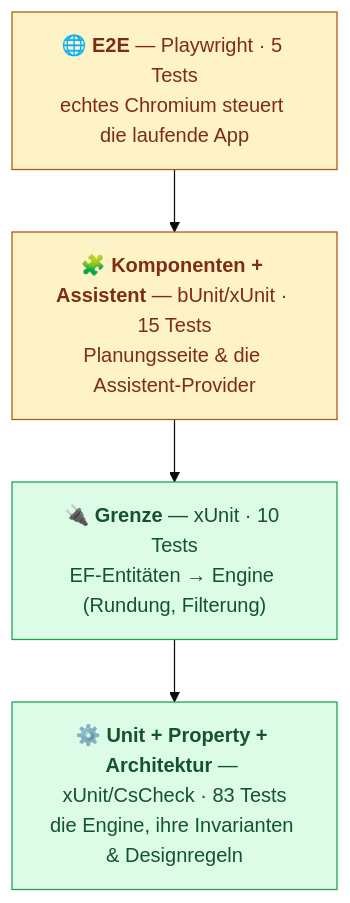
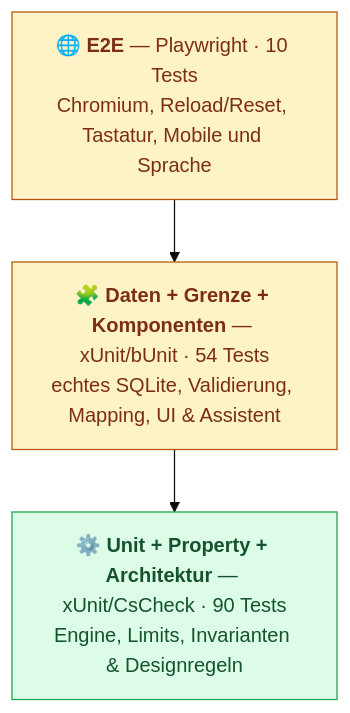
One commit to aco993/WorkPlanStudio changed the diagram in docs/TESTING.de.md. Above: the diagram before and after it, drawn with Mermaid (base theme). The commit also changed other lines of this file and 16 other files, not shown here.

````diff
--- a/docs/TESTING.de.md
+++ b/docs/TESTING.de.md
@@ -14,14 +14,13 @@
 ```mermaid
 graph TD
-    E2E["🌐 <b>E2E</b> — Playwright · 5 Tests<br/>echtes Chromium steuert die laufende App"]
-    COMP["🧩 <b>Komponenten + Assistent</b> — bUnit/xUnit · 15 Tests<br/>Planungsseite &amp; die Assistent-Provider"]
-    MAP["🔌 <b>Grenze</b> — xUnit · 10 Tests<br/>EF-Entitäten → Engine (Rundung, Filterung)"]
-    UNIT["⚙️ <b>Unit + Property + Architektur</b> — xUnit/CsCheck · 83 Tests<br/>die Engine, ihre Invarianten &amp; Designregeln"]
+    E2E["🌐 <b>E2E</b> — Playwright · 10 Tests<br/>Chromium, Reload/Reset, Tastatur, Mobile und Sprache"]
+    WEB["🧩 <b>Daten + Grenze + Komponenten</b> — xUnit/bUnit · 54 Tests<br/>echtes SQLite, Validierung, Mapping, UI &amp; Assistent"]
+    UNIT["⚙️ <b>Unit + Property + Architektur</b> — xUnit/CsCheck · 90 Tests<br/>Engine, Limits, Invarianten &amp; Designregeln"]
 
-    E2E --> COMP --> MAP --> UNIT
+    E2E --> WEB --> UNIT
 
     classDef fast fill:#dcfce7,stroke:#16a34a,color:#14532d;
     classDef slow fill:#fef3c7,stroke:#b45309,color:#7c2d12;
-    class UNIT,MAP fast;
-    class COMP,E2E slow;
+    class UNIT fast;
+    class WEB,E2E slow;
 ```
````
